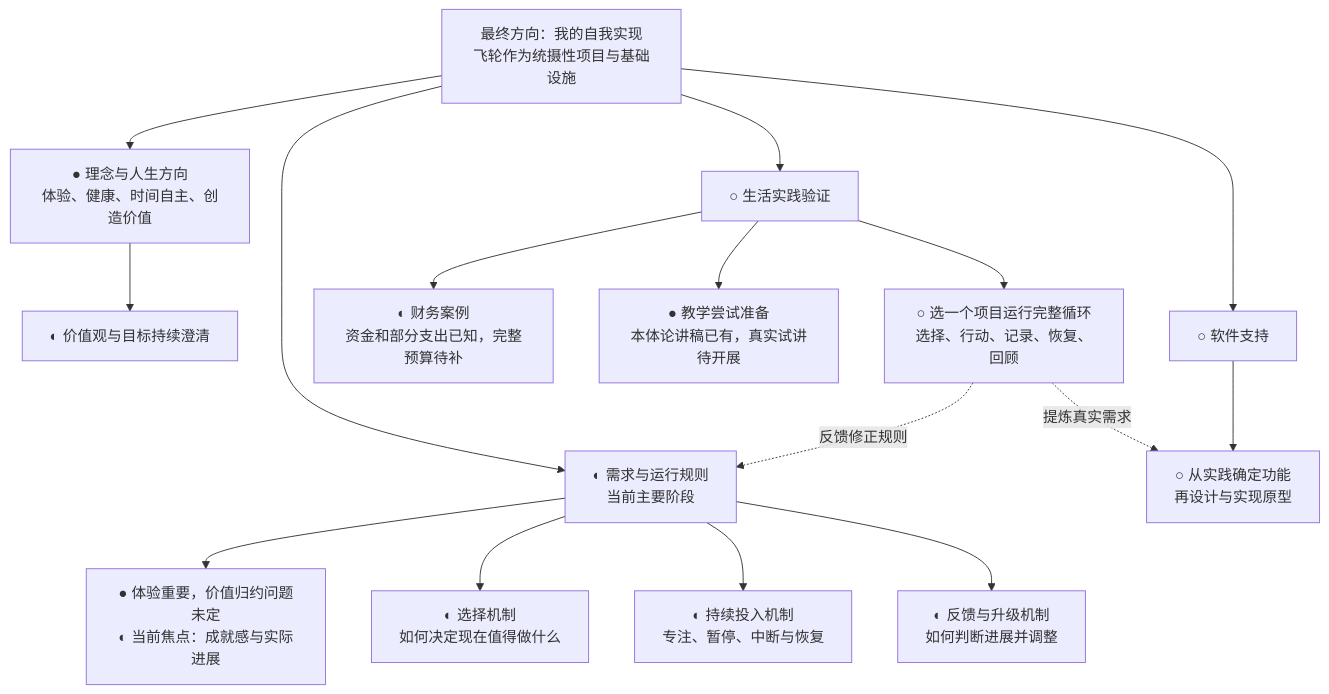
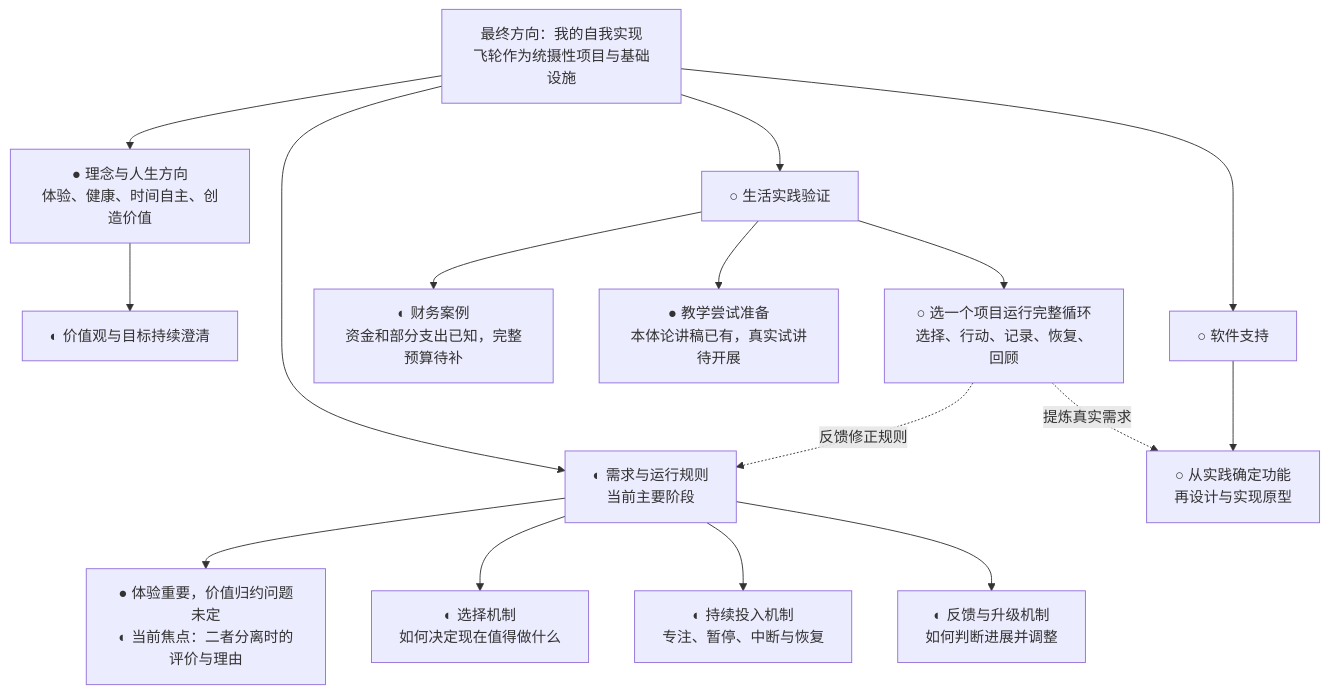
Before and after one commit to fangjiaqi2023-jpg/life-flywheel: the first of 2 diagrams in 项目/人生飞轮/项目推进图.md, drawn with Mermaid. The commit also changed other lines of this file, not shown here.

````diff
--- a/项目/人生飞轮/项目推进图.md
+++ b/项目/人生飞轮/项目推进图.md
@@ -11,22 +11,22 @@
 ```mermaid
 flowchart TD
     M[最终方向：我的自我实现<br/>飞轮作为统摄性项目与基础设施]
     M --> A[● 理念与人生方向<br/>体验、健康、时间自主、创造价值]
     M --> B[◐ 需求与运行规则<br/>当前主要阶段]
     M --> C[○ 生活实践验证]
     M --> D[○ 软件支持]
 
     A --> A1[◐ 价值观与目标持续澄清]
-    B --> B0[● 体验重要，价值归约问题未定<br/>◐ 当前焦点：成就感与实际进展]
+    B --> B0[● 体验重要，价值归约问题未定<br/>◐ 当前焦点：二者分离时的评价与理由]
     B --> B1[◐ 选择机制<br/>如何决定现在值得做什么]
     B --> B2[◐ 持续投入机制<br/>专注、暂停、中断与恢复]
     B --> B3[◐ 反馈与升级机制<br/>如何判断进展并调整]
 
     C --> C1[◐ 财务案例<br/>资金和部分支出已知，完整预算待补]
     C --> C2[● 教学尝试准备<br/>本体论讲稿已有，真实试讲待开展]
     C --> C3[○ 选一个项目运行完整循环<br/>选择、行动、记录、恢复、回顾]
     D --> D1[○ 从实践确定功能<br/>再设计与实现原型]
 
     C3 -.反馈修正规则.-> B
     C3 -.提炼真实需求.-> D1
 ```
````
